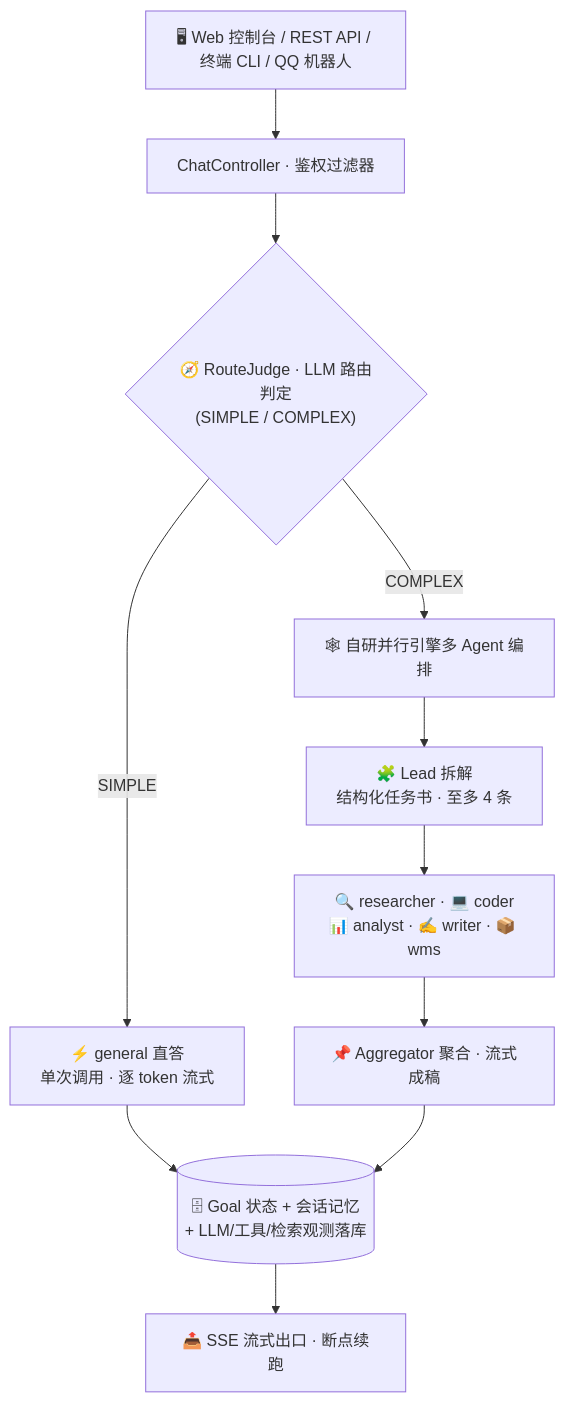
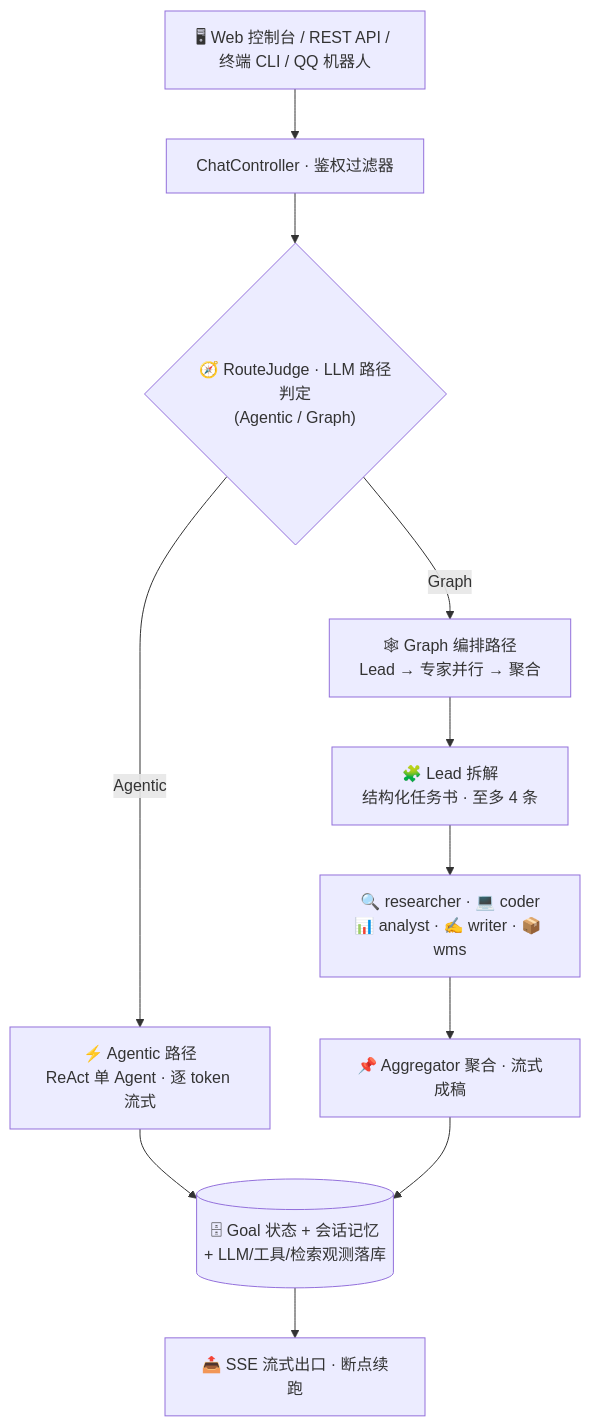
The diagram in docs/reports/项目介绍文档.md (cxknotjj/Deerfect_harness), drawn with Mermaid before and after one commit. The commit also changed other lines of this file and 20 other files, not shown here.

First line of the commit message:
docs: 统一 Agentic 与 Graph 双路径叙事

````diff
--- a/docs/reports/项目介绍文档.md
+++ b/docs/reports/项目介绍文档.md
@@ -25,12 +25,12 @@
 ```mermaid
 flowchart TD
     A["🖥 Web 控制台 / REST API / 终端 CLI / QQ 机器人"] --> B["ChatController · 鉴权过滤器"]
-    B --> C{"🧭 RouteJudge · LLM 路由判定<br/>(SIMPLE / COMPLEX)"}
-    C -->|SIMPLE| D["⚡ general 直答<br/>单次调用 · 逐 token 流式"]
-    C -->|COMPLEX| E["🕸 自研并行引擎多 Agent 编排"]
+    B --> C{"🧭 RouteJudge · LLM 路径判定<br/>(Agentic / Graph)"}
+    C -->|Agentic| D["⚡ Agentic 路径<br/>ReAct 单 Agent · 逐 token 流式"]
+    C -->|Graph| E["🕸 Graph 编排路径<br/>Lead → 专家并行 → 聚合"]
     E --> F["🧩 Lead 拆解<br/>结构化任务书 · 至多 4 条"]
     F --> G["🔍 researcher · 💻 coder<br/>📊 analyst · ✍️ writer · 📦 wms"]
     G --> H["📌 Aggregator 聚合 · 流式成稿"]
     D & H --> I[("🗄 Goal 状态 + 会话记忆<br/>+ LLM/工具/检索观测落库")]
     I --> J["📤 SSE 流式出口 · 断点续跑"]
 ```
````
